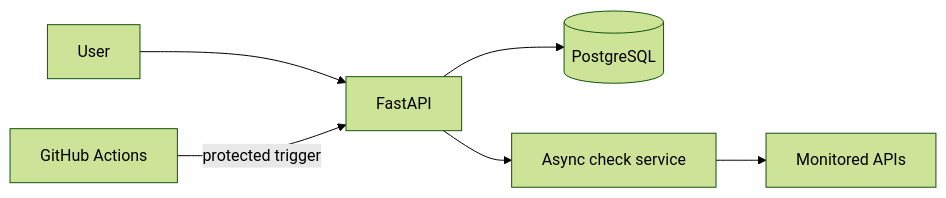
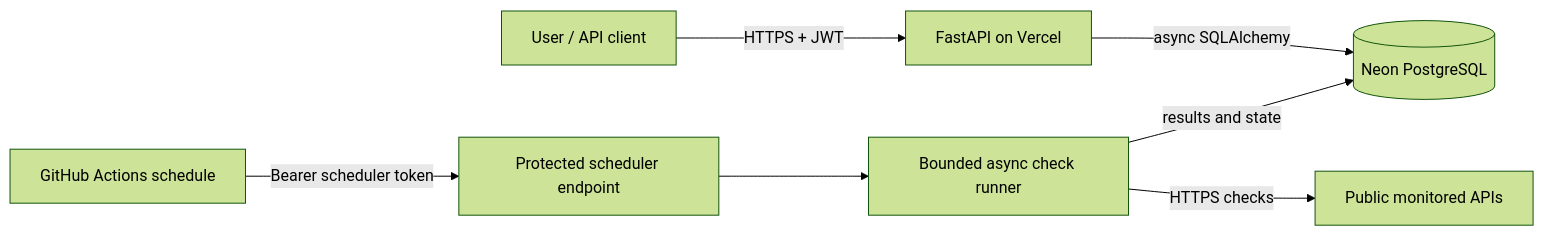
One commit to naf50-code/uptime-monitor changed the first of 2 diagrams in README.md. Above: the diagram before and after it, drawn with Mermaid (forest theme). The commit also changed other lines of this file, not shown here.

````diff
--- a/README.md
+++ b/README.md
@@ -18,8 +25,9 @@
 ```mermaid
 flowchart LR
-    User --> API[FastAPI]
-    API --> DB[(PostgreSQL)]
-    Scheduler[GitHub Actions] -->|protected trigger| API
-    API --> CheckService[Async check service]
-    CheckService --> MonitoredAPI[Monitored APIs]
+    Client[User / API client] -->|HTTPS + JWT| API[FastAPI on Vercel]
+    API -->|async SQLAlchemy| DB[(Neon PostgreSQL)]
+    GH[GitHub Actions schedule] -->|Bearer scheduler token| Internal[Protected scheduler endpoint]
+    Internal --> Runner[Bounded async check runner]
+    Runner -->|HTTPS checks| Target[Public monitored APIs]
+    Runner -->|results and state| DB
 ```
````
